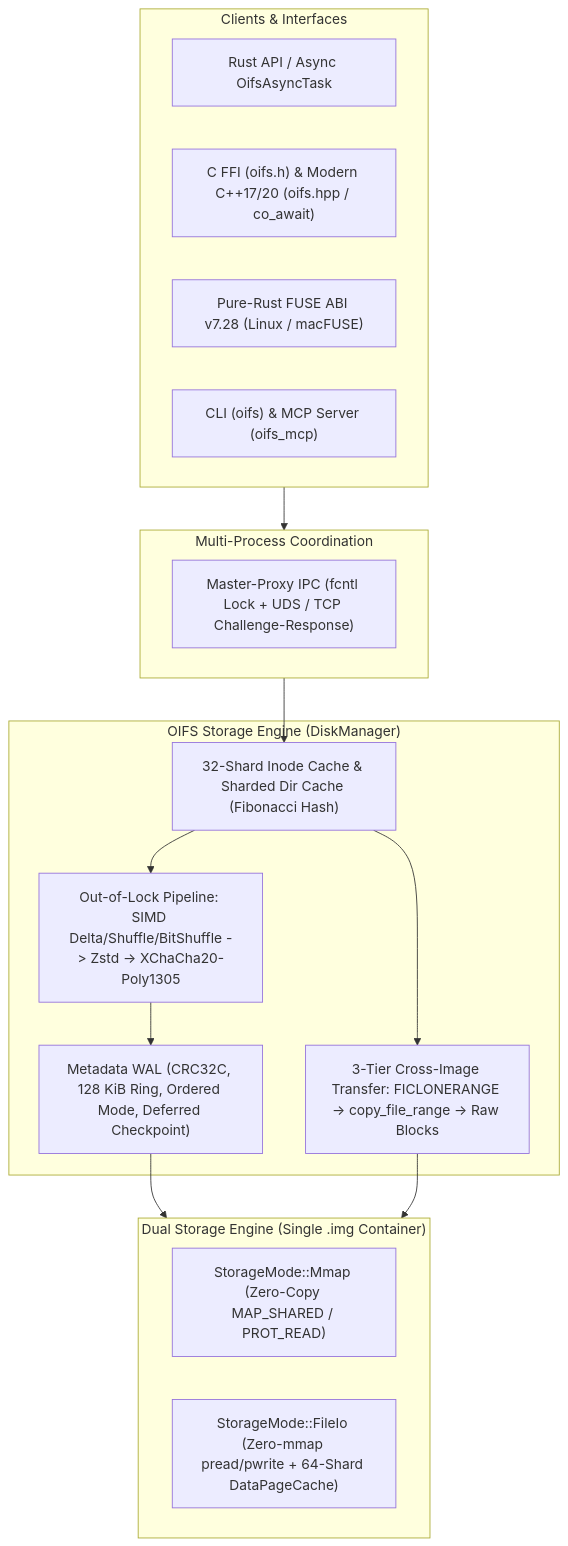
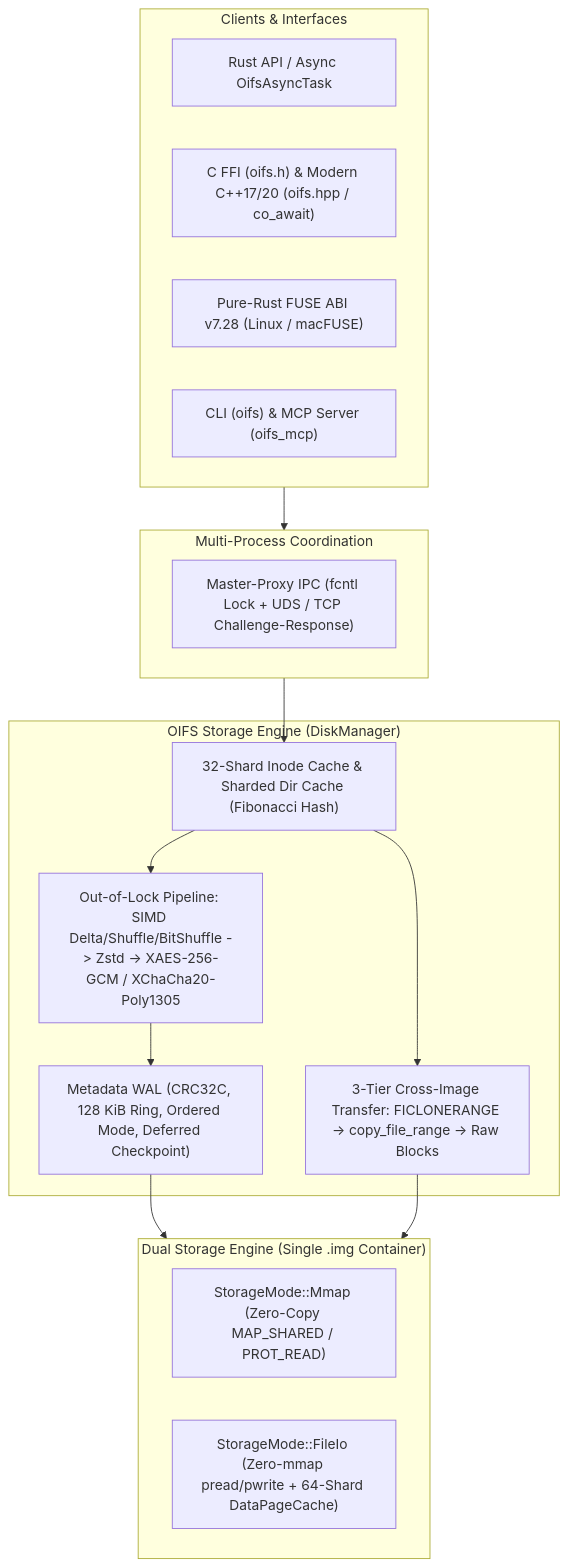
The diagram in README.md (ych/oifs), drawn with Mermaid before and after one commit. The commit also changed other lines of this file and 24 other files, not shown here.

Commit message:
Release v1.7.0: bump version, update XAES-256-GCM docs, and add MCP pagination & agent manifests

````diff
--- a/README.md
+++ b/README.md
@@ -40,31 +40,31 @@
 ```mermaid
 flowchart TB
     subgraph Clients["Clients & Interfaces"]
         Rust["Rust API / Async OifsAsyncTask"]
         CPP["C FFI (oifs.h) & Modern C++17/20 (oifs.hpp / co_await)"]
         FUSE["Pure-Rust FUSE ABI v7.28 (Linux / macFUSE)"]
         CLI["CLI (oifs) & MCP Server (oifs_mcp)"]
     end
 
     subgraph IPC["Multi-Process Coordination"]
         MP["Master-Proxy IPC (fcntl Lock + UDS / TCP Challenge-Response)"]
     end
 
     subgraph Engine["OIFS Storage Engine (DiskManager)"]
         Cache["32-Shard Inode Cache & Sharded Dir Cache (Fibonacci Hash)"]
-        Pipe["Out-of-Lock Pipeline: SIMD Delta/Shuffle/BitShuffle -> Zstd -> XChaCha20-Poly1305"]
+        Pipe["Out-of-Lock Pipeline: SIMD Delta/Shuffle/BitShuffle -> Zstd -> XAES-256-GCM / XChaCha20-Poly1305"]
         Transfer["3-Tier Cross-Image Transfer: FICLONERANGE -> copy_file_range -> Raw Blocks"]
         WAL["Metadata WAL (CRC32C, 128 KiB Ring, Ordered Mode, Deferred Checkpoint)"]
     end
 
     subgraph Storage["Dual Storage Engine (Single .img Container)"]
         Mmap["StorageMode::Mmap (Zero-Copy MAP_SHARED / PROT_READ)"]
         FileIo["StorageMode::FileIo (Zero-mmap pread/pwrite + 64-Shard DataPageCache)"]
     end
 
     Clients --> IPC --> Cache
     Cache --> Pipe --> WAL
     Cache --> Transfer
     WAL --> Storage
     Transfer --> Storage
 ```
````
